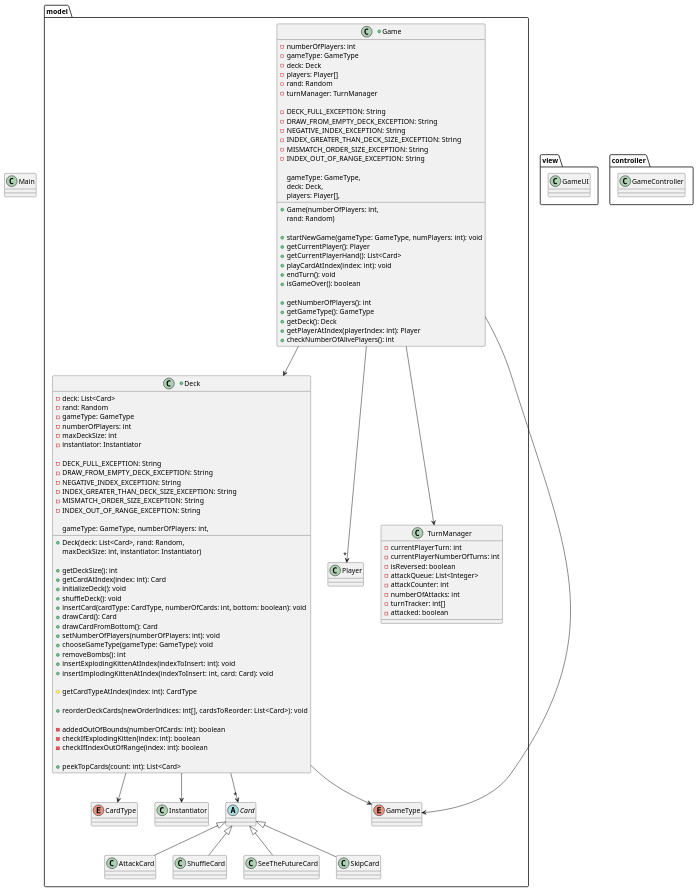
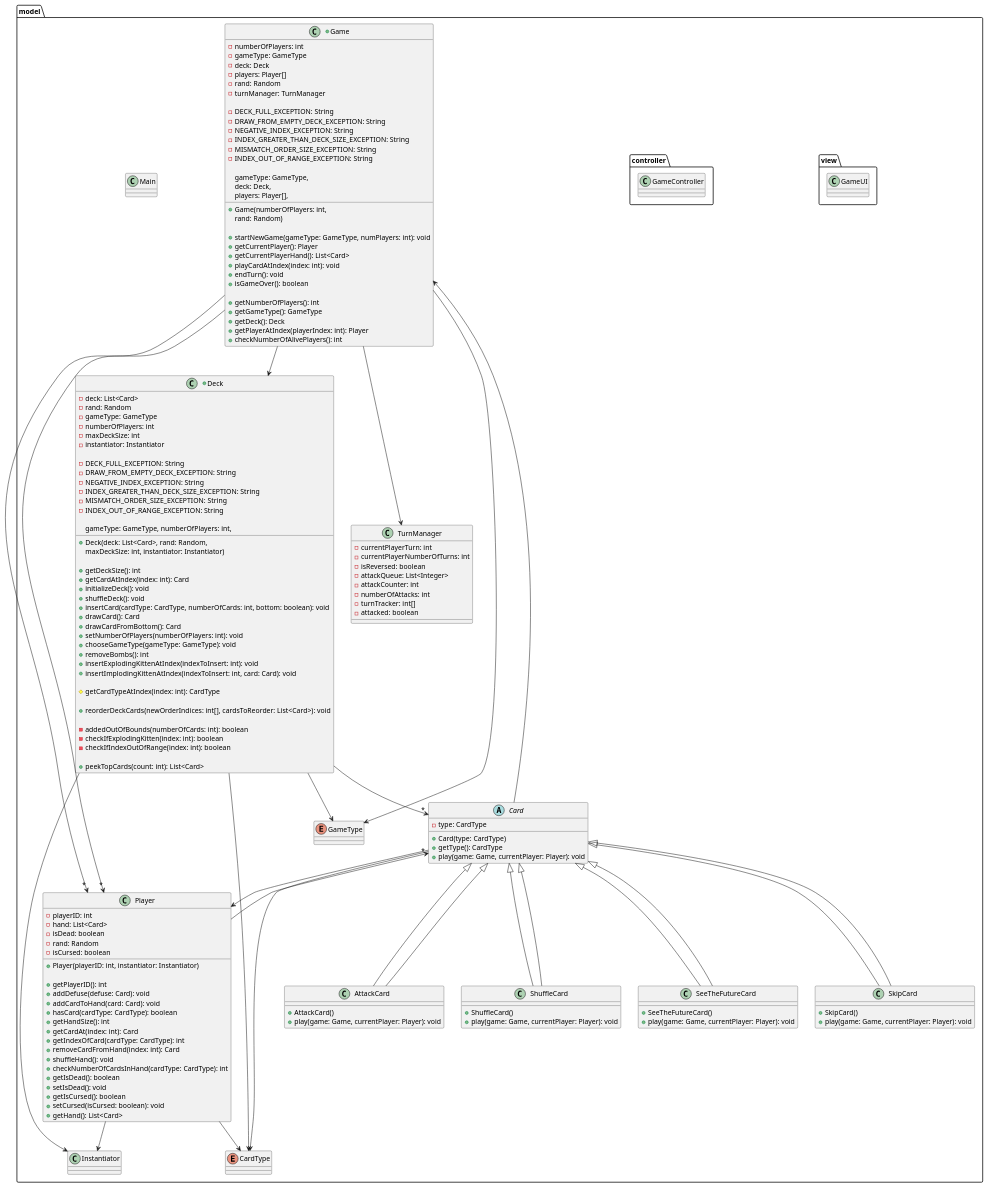
The diagram in docs/design/new.puml (nu-cs-sw-design/project-20252601-solid), drawn with PlantUML before and after one commit.

Commit message:
Add UML for Instantiator, GameType, and CardType

```diff
--- a/docs/design/new.puml
+++ b/docs/design/new.puml
@@ -93,10 +93,69 @@
 
 
     class Player {
+        - playerID: int
+        - hand: List<Card>
+        - isDead: boolean
+        - rand: Random
+        - isCursed: boolean
+
+        + Player(playerID: int, instantiator: Instantiator)
+
+        + getPlayerID(): int
+        + addDefuse(defuse: Card): void
+        + addCardToHand(card: Card): void
+        + hasCard(cardType: CardType): boolean
+        + getHandSize(): int
+        + getCardAt(index: int): Card
+        + getIndexOfCard(cardType: CardType): int
+        + removeCardFromHand(index: int): Card
+        + shuffleHand(): void
+        + checkNumberOfCardsInHand(cardType: CardType): int
+        + getIsDead(): boolean
+        + setIsDead(): void
+        + getIsCursed(): boolean
+        + setCursed(isCursed: boolean): void
+        + getHand(): List<Card>
     }
 
     abstract class Card {
+        - type: CardType
+
+        + Card(type: CardType)
+        + getType(): CardType
+        + play(game: Game, currentPlayer: Player): void
     }
+
+    class AttackCard extends Card {
+        + AttackCard()
+        + play(game: Game, currentPlayer: Player): void
+    }
+
+    class ShuffleCard extends Card {
+        + ShuffleCard()
+        + play(game: Game, currentPlayer: Player): void
+    }
+
+    class SeeTheFutureCard extends Card {
+        + SeeTheFutureCard()
+        + play(game: Game, currentPlayer: Player): void
+    }
+
+    class SkipCard extends Card {
+        + SkipCard()
+        + play(game: Game, currentPlayer: Player): void
+    }
+
+    Card --> CardType
+    Card --> Game
+    Card --> Player
+
+    Card <|-- AttackCard
+    Card <|-- ShuffleCard
+    Card <|-- SeeTheFutureCard
+    Card <|-- SkipCard
+
+
 
     class TurnManager {
         - currentPlayerTurn: int
@@ -109,6 +168,13 @@
         - attacked: boolean
     }
 
+    Game --> " *" Player
+
+    Player --> " *" Card
+    Player --> CardType
+    Player --> Instantiator
+
+
     class Instantiator {
     }
 
@@ -118,16 +184,6 @@
     enum CardType {
     }
 
-    ' Cards to implement
-    class AttackCard extends Card {
-    }
-    class ShuffleCard extends Card {
-    }
-    class SeeTheFutureCard extends Card {
-    }
-    class SkipCard extends Card {
-    }
-}
 
 package view {
     class GameUI {
```
